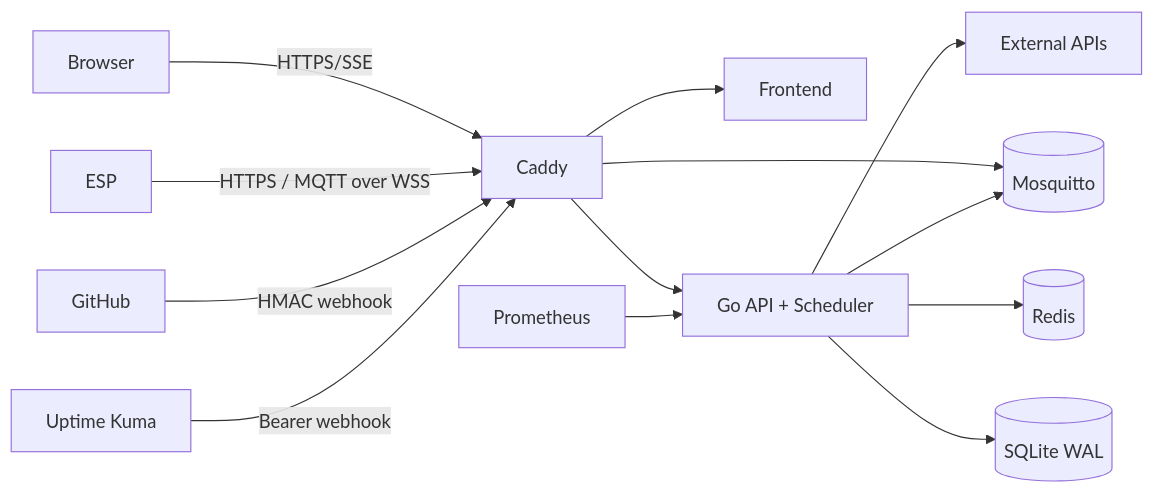
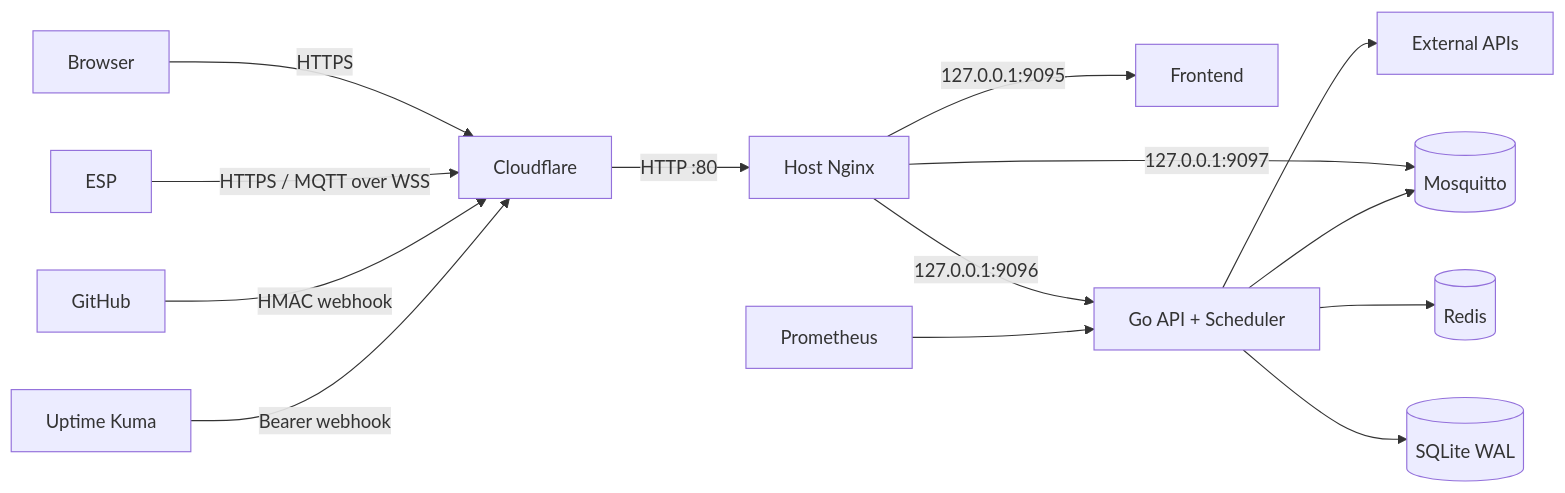
One commit to daniel1rosso/monitor-esp32-lcd changed the second of 3 diagrams in docs/architecture/README.md. Above: the diagram before and after it, drawn with Mermaid. The commit also changed other lines of this file and 17 other files, not shown here.

````diff
--- a/docs/architecture/README.md
+++ b/docs/architecture/README.md
@@ -26,15 +26,16 @@
 ```mermaid
 flowchart LR
-  Browser -->|HTTPS/SSE| Caddy
-  ESP -->|HTTPS / MQTT over WSS| Caddy
-  GitHub -->|HMAC webhook| Caddy
-  Kuma[Uptime Kuma] -->|Bearer webhook| Caddy
-  Caddy --> Frontend
-  Caddy --> API[Go API + Scheduler]
-  Caddy --> Mosquitto
+  Browser -->|HTTPS| Cloudflare
+  ESP -->|HTTPS / MQTT over WSS| Cloudflare
+  GitHub -->|HMAC webhook| Cloudflare
+  Kuma[Uptime Kuma] -->|Bearer webhook| Cloudflare
+  Cloudflare -->|HTTP :80| Nginx[Host Nginx]
+  Nginx -->|127.0.0.1:9095| Frontend
+  Nginx -->|127.0.0.1:9096| API[Go API + Scheduler]
+  Nginx -->|127.0.0.1:9097| Mosquitto
   API --> SQLite[(SQLite WAL)]
   API --> Redis[(Redis)]
   API --> Mosquitto[(Mosquitto)]
   API --> Sources[External APIs]
   Prometheus --> API
 ```
````
